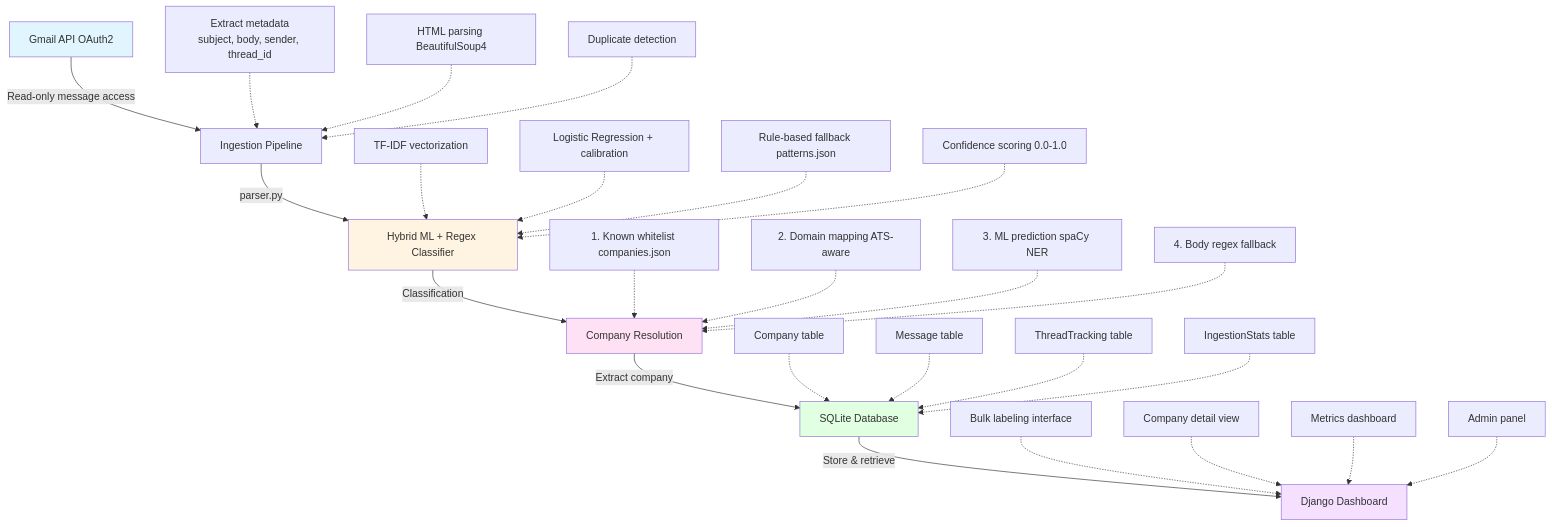
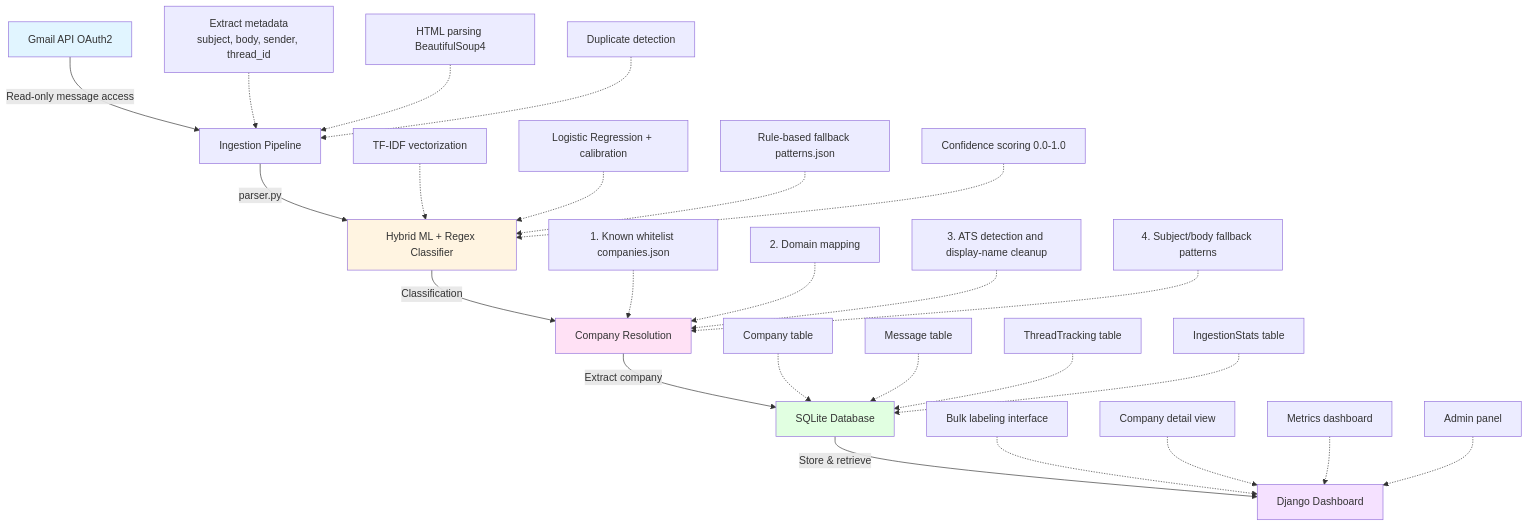
Before and after one commit to cyberthreatgurl/GmailJobTracker: the diagram in README.md, drawn with Mermaid. The commit also changed other lines of this file and 19 other files, not shown here.

````diff
--- a/README.md
+++ b/README.md
@@ -141,38 +145,38 @@
 ```mermaid
 graph TD
     A[Gmail API OAuth2] -->|Read-only message access| B[Ingestion Pipeline]
     B -->|parser.py| C[Hybrid ML + Regex Classifier]
     C -->|Classification| D[Company Resolution]
     D -->|Extract company| E[SQLite Database]
     E -->|Store & retrieve| F[Django Dashboard]
     
     B1[Extract metadata<br/>subject, body, sender, thread_id] -.-> B
     B2[HTML parsing BeautifulSoup4] -.-> B
     B3[Duplicate detection] -.-> B
     
     C1[TF-IDF vectorization] -.-> C
     C2[Logistic Regression + calibration] -.-> C
     C3[Rule-based fallback patterns.json] -.-> C
     C4[Confidence scoring 0.0-1.0] -.-> C
     
-    D1[1. Known whitelist companies.json] -.-> D
-    D2[2. Domain mapping ATS-aware] -.-> D
-    D3[3. ML prediction spaCy NER] -.-> D
-    D4[4. Body regex fallback] -.-> D
+   D1[1. Known whitelist companies.json] -.-> D
+   D2[2. Domain mapping] -.-> D
+   D3[3. ATS detection and display-name cleanup] -.-> D
+   D4[4. Subject/body fallback patterns] -.-> D
     
     E1[Company table] -.-> E
     E2[Message table] -.-> E
     E3[ThreadTracking table] -.-> E
     E4[IngestionStats table] -.-> E
     
     F1[Bulk labeling interface] -.-> F
     F2[Company detail view] -.-> F
     F3[Metrics dashboard] -.-> F
     F4[Admin panel] -.-> F
     
     style A fill:#e1f5ff
     style C fill:#fff4e1
     style D fill:#ffe1f5
     style E fill:#e1ffe1
     style F fill:#f5e1ff
 ```
````
